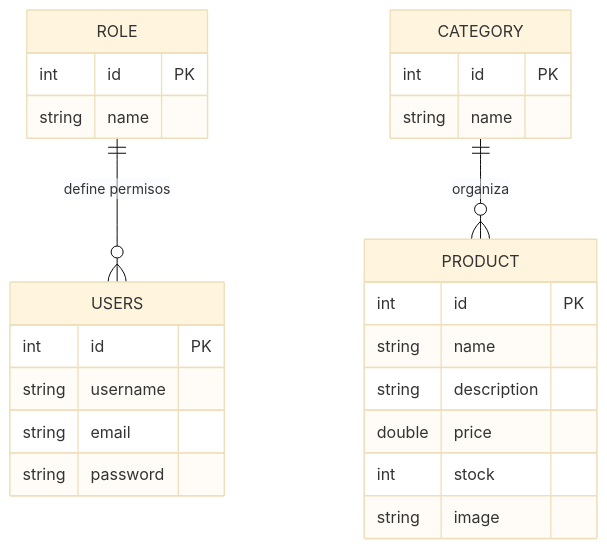
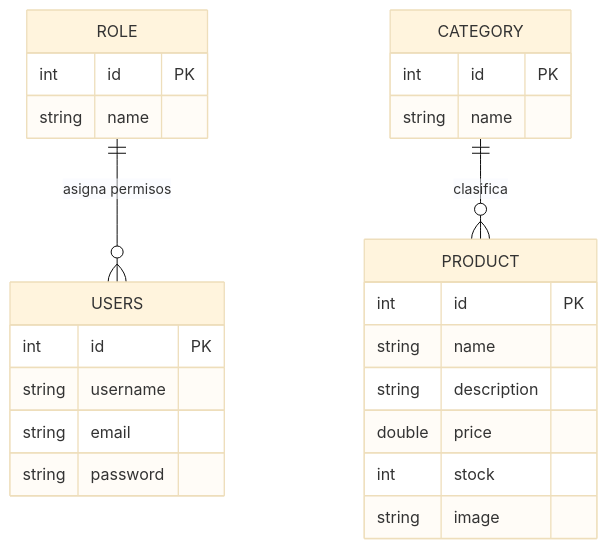
One commit to manuelmr7/TiendaMTB changed the second of 2 diagrams in README.md. Above: the diagram before and after it, drawn with Mermaid (base theme). The commit also changed other lines of this file, not shown here.

````diff
--- a/README.md
+++ b/README.md
@@ -27,27 +57,27 @@
 ```mermaid
 erDiagram
-    ROLE ||--o{ USERS : "define permisos"
-    CATEGORY ||--o{ PRODUCT : "organiza"
+    ROLE ||--o{ USERS : "asigna permisos"
+    CATEGORY ||--o{ PRODUCT : "clasifica"
     USERS {
         int id PK
         string username
         string email
         string password
     }
     ROLE {
         int id PK
         string name
     }
     CATEGORY {
         int id PK
         string name
     }
     PRODUCT {
         int id PK
         string name
         string description
         double price
         int stock
         string image
     }
 ```
````
